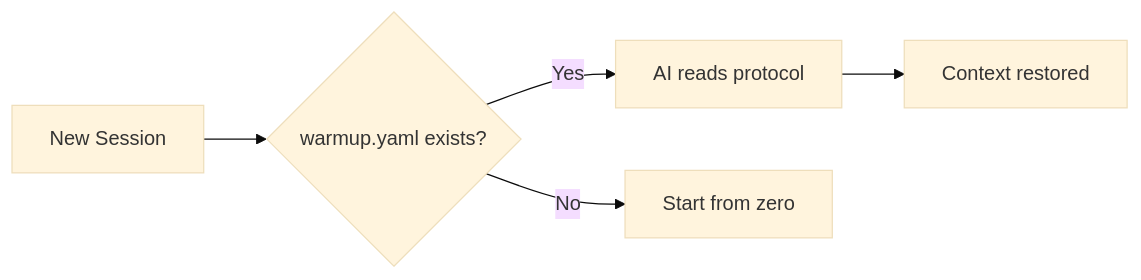
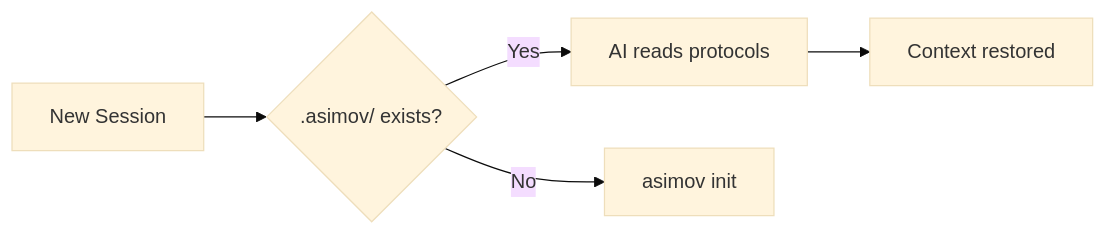
One commit to royalbit/asimov changed the diagram in README.md. Above: the diagram before and after it, drawn with Mermaid (base theme). The commit also changed other lines of this file, not shown here.

First line of the commit message:
docs: major README overhaul - align with actual protocols

````diff
--- a/README.md
+++ b/README.md
@@ -499,7 +304,7 @@
 ```mermaid
 flowchart LR
-    A[New Session] --> B{warmup.yaml exists?}
-    B -->|Yes| C[AI reads protocol]
+    A[New Session] --> B{.asimov/ exists?}
+    B -->|Yes| C[AI reads protocols]
     C --> D[Context restored]
-    B -->|No| E[Start from zero]
+    B -->|No| E[asimov init]
 ```
````
